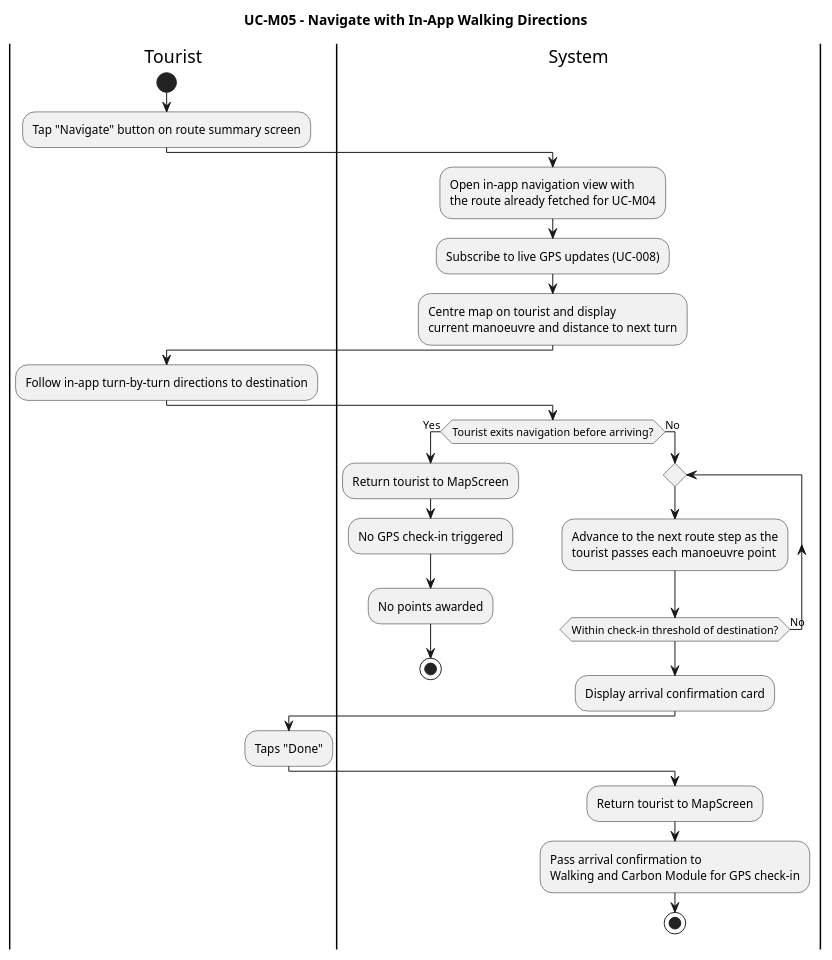
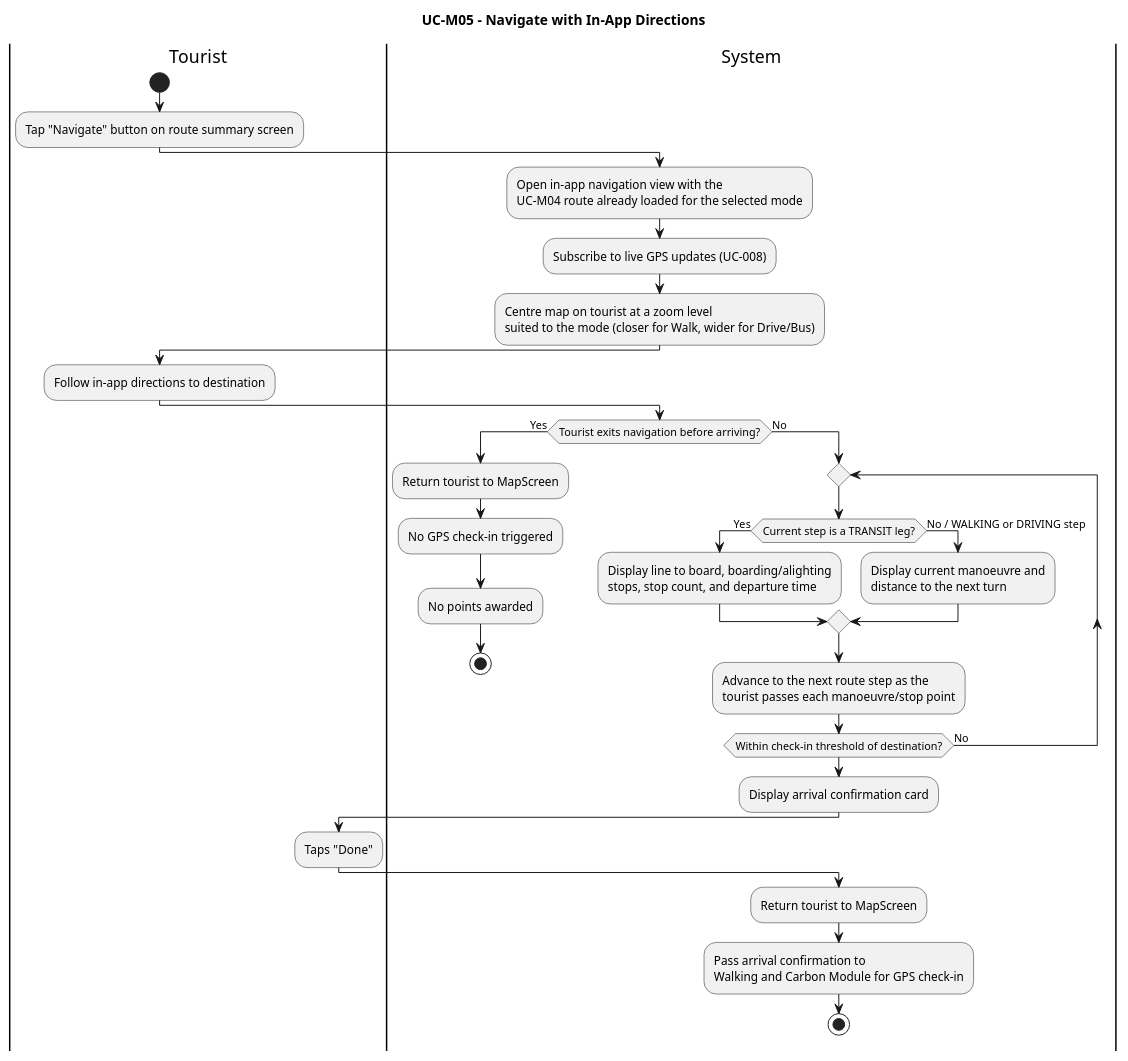
The fifth of 5 diagrams in CLAUDE.md (kzz05/WalkPenang), drawn with PlantUML before and after one commit. The commit also changed other lines of this file and 10 other files, not shown here.

First line of the commit message:
Add Walk/Drive/Bus mode comparison and multi-modal in-app navigation

````diff
--- a/CLAUDE.md
+++ b/CLAUDE.md
@@ -488,39 +503,44 @@
 ```plantuml
-@startuml UC3_5_InAppWalkingNavigation
-title UC-M05 - Navigate with In-App Walking Directions
+@startuml UC3_5_InAppNavigation
+title UC-M05 - Navigate with In-App Directions
 
 |Tourist|
 start
 :Tap "Navigate" button on route summary screen;
 
 |System|
-:Open in-app navigation view with\nthe route already fetched for UC-M04;
+:Open in-app navigation view with the\nUC-M04 route already loaded for the selected mode;
 :Subscribe to live GPS updates (UC-008);
-:Centre map on tourist and display\ncurrent manoeuvre and distance to next turn;
+:Centre map on tourist at a zoom level\nsuited to the mode (closer for Walk, wider for Drive/Bus);
 
 |Tourist|
-:Follow in-app turn-by-turn directions to destination;
+:Follow in-app directions to destination;
 
 |System|
 if (Tourist exits navigation before arriving?) then (Yes)
   :Return tourist to MapScreen;
   :No GPS check-in triggered;
   :No points awarded;
   stop
 else (No)
   repeat
-    :Advance to the next route step as the\ntourist passes each manoeuvre point;
+    if (Current step is a TRANSIT leg?) then (Yes)
+      :Display line to board, boarding/alighting\nstops, stop count, and departure time;
+    else (No / WALKING or DRIVING step)
+      :Display current manoeuvre and\ndistance to the next turn;
+    endif
+    :Advance to the next route step as the\ntourist passes each manoeuvre/stop point;
   repeat while (Within check-in threshold of destination?) is (No)
   :Display arrival confirmation card;
 
   |Tourist|
   :Taps "Done";
 
   |System|
   :Return tourist to MapScreen;
   :Pass arrival confirmation to\nWalking and Carbon Module for GPS check-in;
   stop
 endif
 
 @enduml
 ```
````
